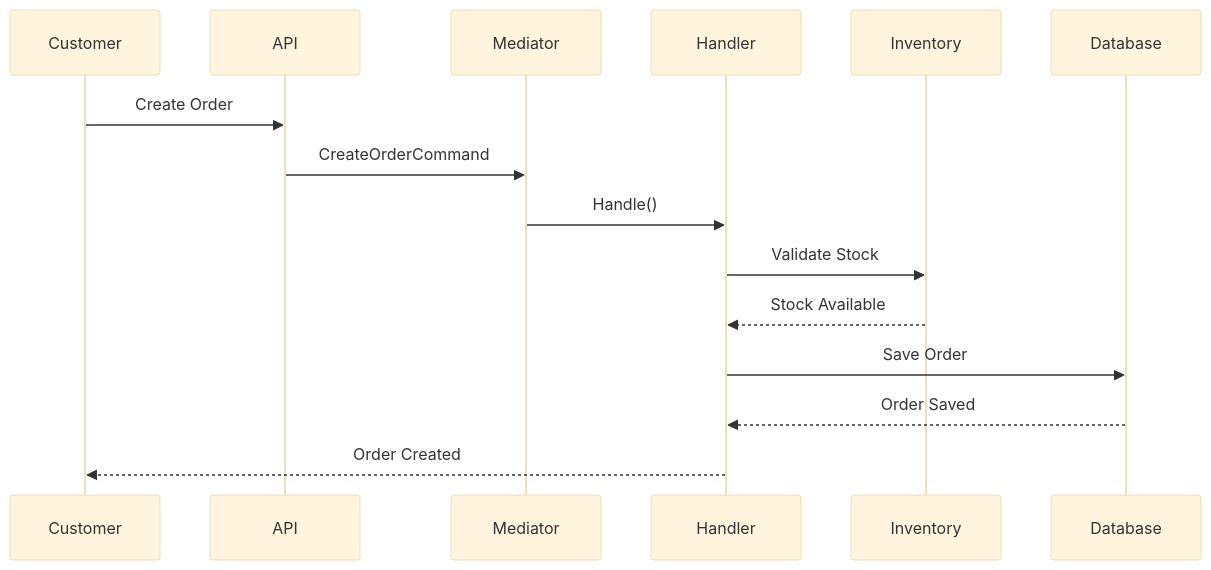
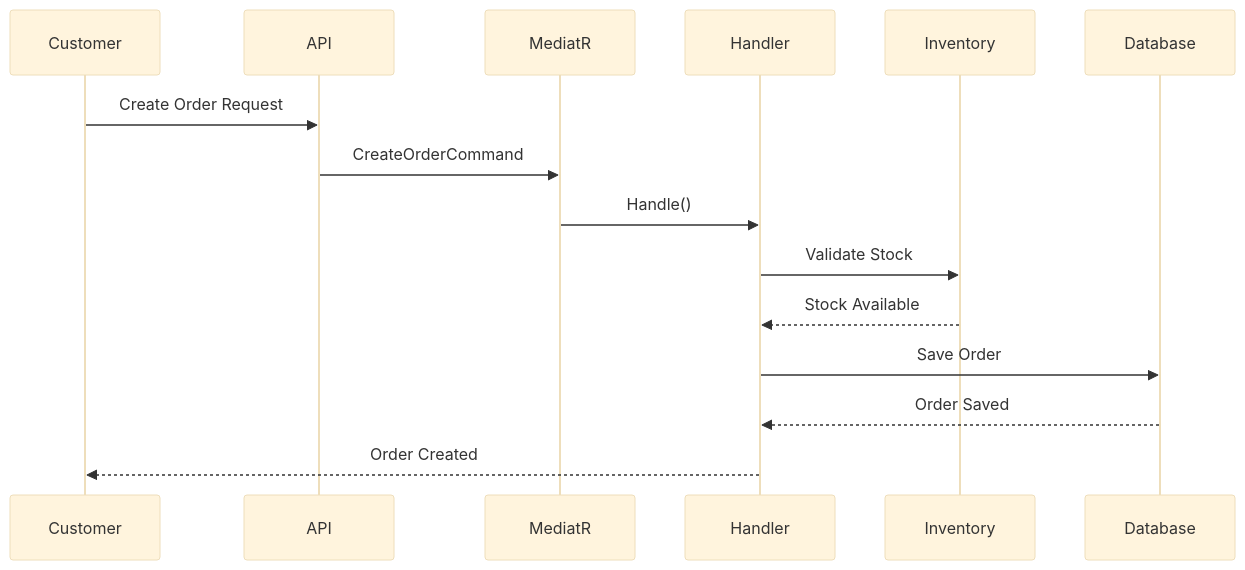
One commit to chintanchhapgar/ShopSphere changed the fourth of 8 diagrams in docs/orders.md. Above: the diagram before and after it, drawn with Mermaid (base theme). The commit also changed other lines of this file, not shown here.

````diff
--- a/docs/orders.md
+++ b/docs/orders.md
@@ -128,19 +142,18 @@
 ```mermaid
 sequenceDiagram
+    participant Customer
+    participant API
+    participant Mediator as MediatR
+    participant Handler
+    participant Inventory
+    participant Database
 
-Customer->>API: Create Order
-
-API->>Mediator: CreateOrderCommand
-
-Mediator->>Handler: Handle()
-
-Handler->>Inventory: Validate Stock
-
-Inventory-->>Handler: Stock Available
-
-Handler->>Database: Save Order
-
-Database-->>Handler: Order Saved
-
-Handler-->>Customer: Order Created
+    Customer->>API: Create Order Request
+    API->>Mediator: CreateOrderCommand
+    Mediator->>Handler: Handle()
+    Handler->>Inventory: Validate Stock
+    Inventory-->>Handler: Stock Available
+    Handler->>Database: Save Order
+    Database-->>Handler: Order Saved
+    Handler-->>Customer: Order Created
 ```
````
